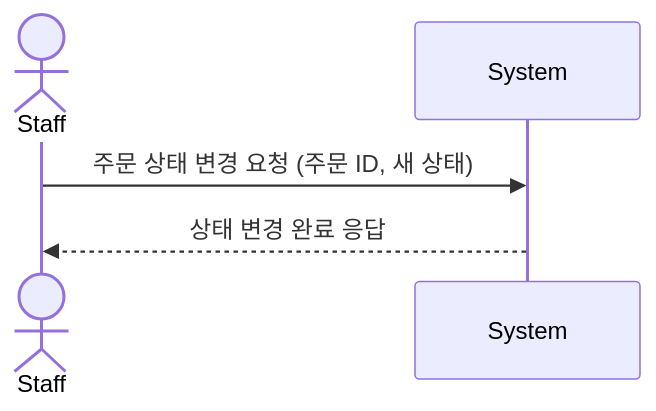
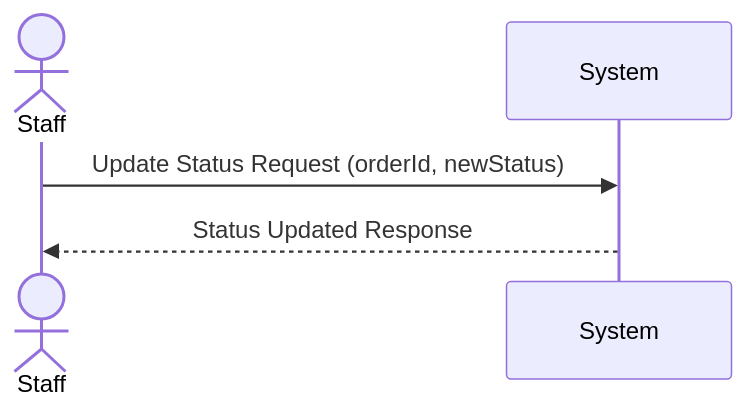
Before and after one commit to Ddogan-zip/ddoganzip-backend: the eighth of 11 diagrams in docs/system-sequence-diagrams.md, drawn with Mermaid. The commit also changed other lines of this file, not shown here.

First line of the commit message:
Update sequence diagram messages to English

````diff
--- a/docs/system-sequence-diagrams.md
+++ b/docs/system-sequence-diagrams.md
@@ -107,8 +107,8 @@
 ```mermaid
 sequenceDiagram
     actor Staff
     participant System
 
-    Staff->>System: 주문 상태 변경 요청 (주문 ID, 새 상태)
-    System-->>Staff: 상태 변경 완료 응답
+    Staff->>System: Update Status Request (orderId, newStatus)
+    System-->>Staff: Status Updated Response
 ```
````
